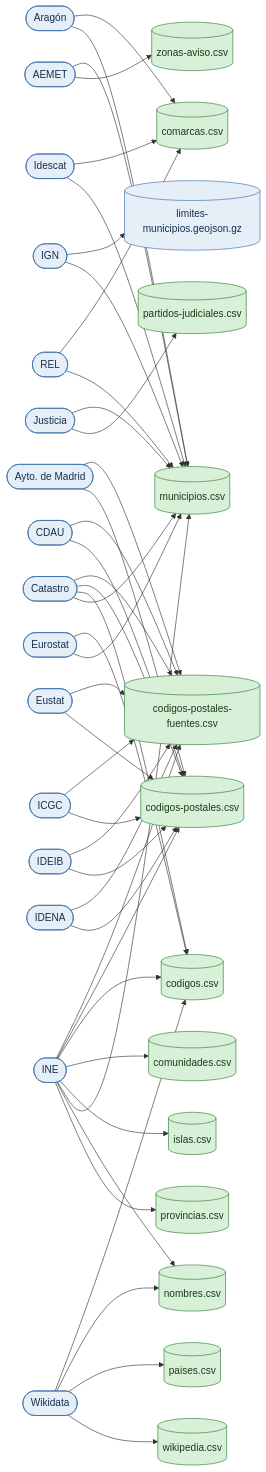
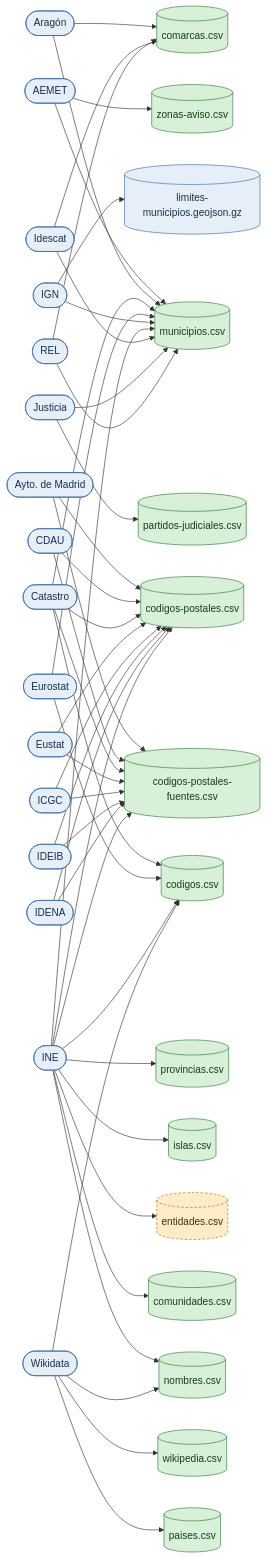
The fifth of 6 diagrams in docs/estado.md (alertapublica/territorios-es), drawn with Mermaid before and after one commit. The commit also changed other lines of this file and 34 other files, not shown here.

````diff
--- a/docs/estado.md
+++ b/docs/estado.md
@@ -225,79 +226,81 @@
 ```mermaid
 flowchart LR
   accTitle: Fuentes
   o_AEMET(["AEMET"]):::box
   o_Aragón(["Aragón"]):::box
   o_Ayto__de_Madrid(["Ayto. de Madrid"]):::box
   o_CDAU(["CDAU"]):::box
   o_Catastro(["Catastro"]):::box
   o_Eurostat(["Eurostat"]):::box
   o_Eustat(["Eustat"]):::box
   o_ICGC(["ICGC"]):::box
   o_IDEIB(["IDEIB"]):::box
   o_IDENA(["IDENA"]):::box
   o_IGN(["IGN"]):::box
   o_INE(["INE"]):::box
   o_Idescat(["Idescat"]):::box
   o_Justicia(["Justicia"]):::box
   o_REL(["REL"]):::box
   o_Wikidata(["Wikidata"]):::box
   f_codigos_postales_fuentes_csv[("codigos-postales-fuentes.csv")]:::done
   f_codigos_postales_csv[("codigos-postales.csv")]:::done
   f_codigos_csv[("codigos.csv")]:::done
   f_comarcas_csv[("comarcas.csv")]:::done
   f_comunidades_csv[("comunidades.csv")]:::done
+  f_entidades_csv[("entidades.csv")]:::todo
   f_islas_csv[("islas.csv")]:::done
   f_limites_municipios_geojson_gz[("limites-municipios.geojson.gz")]:::box
   f_municipios_csv[("municipios.csv")]:::done
   f_nombres_csv[("nombres.csv")]:::done
   f_paises_csv[("paises.csv")]:::done
   f_partidos_judiciales_csv[("partidos-judiciales.csv")]:::done
   f_provincias_csv[("provincias.csv")]:::done
   f_wikipedia_csv[("wikipedia.csv")]:::done
   f_zonas_aviso_csv[("zonas-aviso.csv")]:::done
   o_AEMET --> f_municipios_csv
   o_AEMET --> f_zonas_aviso_csv
   o_Aragón --> f_comarcas_csv
   o_Aragón --> f_municipios_csv
   o_Ayto__de_Madrid --> f_codigos_postales_fuentes_csv
   o_Ayto__de_Madrid --> f_codigos_postales_csv
   o_CDAU --> f_codigos_postales_fuentes_csv
   o_CDAU --> f_codigos_postales_csv
   o_Catastro --> f_codigos_postales_fuentes_csv
   o_Catastro --> f_codigos_postales_csv
   o_Catastro --> f_codigos_csv
   o_Catastro --> f_municipios_csv
   o_Eurostat --> f_codigos_csv
   o_Eurostat --> f_municipios_csv
   o_Eustat --> f_codigos_postales_fuentes_csv
   o_Eustat --> f_codigos_postales_csv
   o_ICGC --> f_codigos_postales_fuentes_csv
   o_ICGC --> f_codigos_postales_csv
   o_IDEIB --> f_codigos_postales_fuentes_csv
   o_IDEIB --> f_codigos_postales_csv
   o_IDENA --> f_codigos_postales_fuentes_csv
   o_IDENA --> f_codigos_postales_csv
   o_IGN --> f_limites_municipios_geojson_gz
   o_IGN --> f_municipios_csv
   o_INE --> f_codigos_postales_fuentes_csv
   o_INE --> f_codigos_postales_csv
   o_INE --> f_codigos_csv
   o_INE --> f_comunidades_csv
+  o_INE --> f_entidades_csv
   o_INE --> f_islas_csv
   o_INE --> f_municipios_csv
   o_INE --> f_nombres_csv
   o_INE --> f_provincias_csv
   o_Idescat --> f_comarcas_csv
   o_Idescat --> f_municipios_csv
   o_Justicia --> f_municipios_csv
   o_Justicia --> f_partidos_judiciales_csv
   o_REL --> f_comarcas_csv
   o_REL --> f_municipios_csv
   o_Wikidata --> f_codigos_csv
   o_Wikidata --> f_nombres_csv
   o_Wikidata --> f_paises_csv
   o_Wikidata --> f_wikipedia_csv
   classDef done fill:#d8f0d8,stroke:#2e7d32,color:#173d17
   classDef todo fill:#fdecc8,stroke:#b26a00,color:#4a2c00,stroke-dasharray:4 3
   classDef box fill:#e6eef8,stroke:#3b6ea8,color:#14304f
 ```
````
